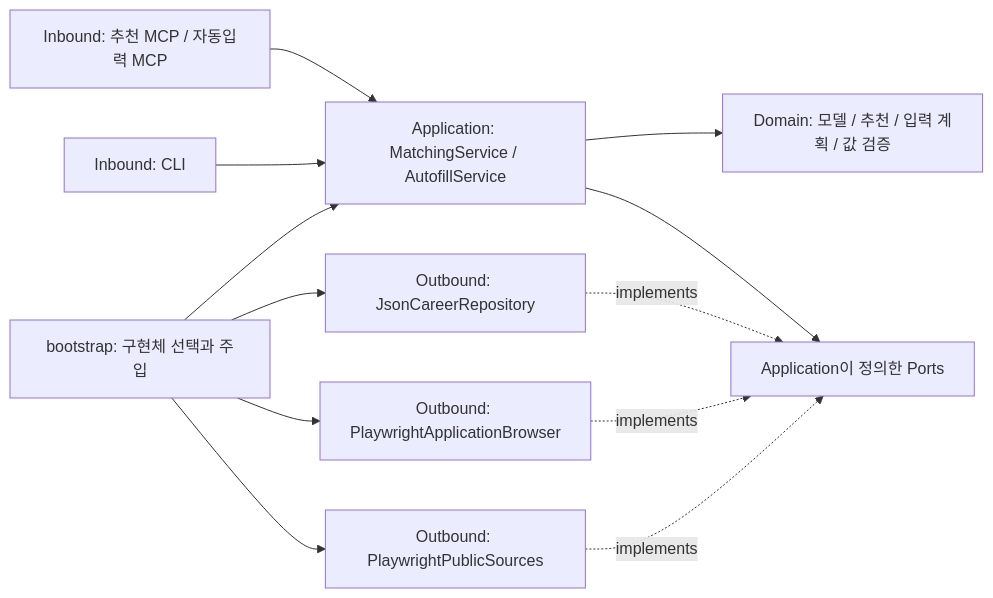
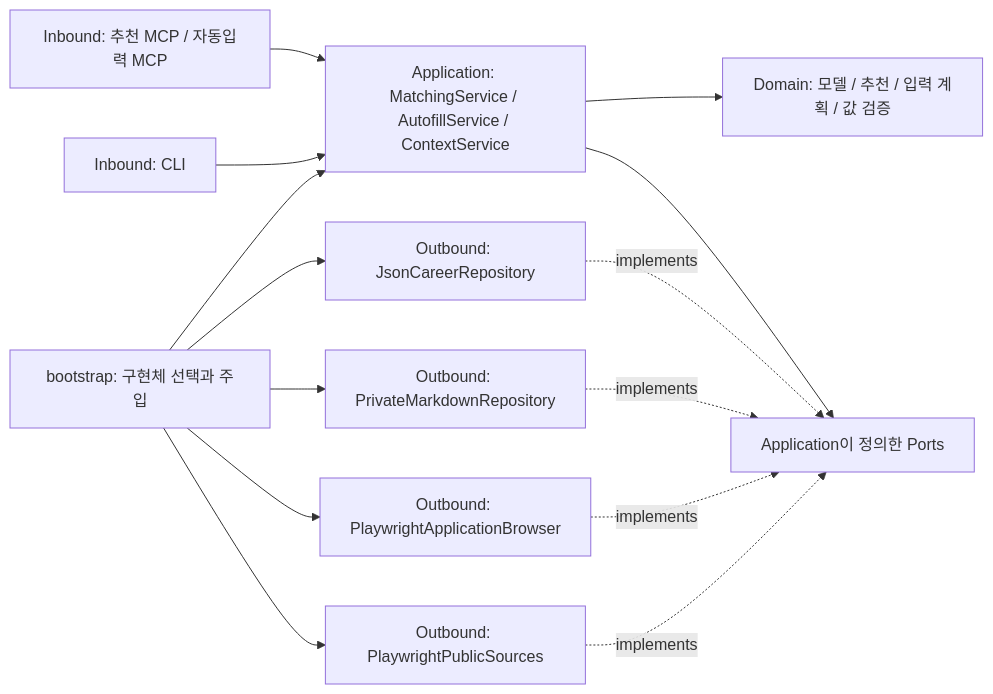
The diagram in docs/architecture.md (newkimjiwon/career-autofill-agent), drawn with Mermaid before and after one commit. The commit also changed other lines of this file and 14 other files, not shown here.

Commit message:
feat: reuse private career context with batched Git safety checks

````diff
--- a/docs/architecture.md
+++ b/docs/architecture.md
@@ -5,14 +5,16 @@
 ```mermaid
 flowchart LR
-    MCP[Inbound: 추천 MCP / 자동입력 MCP] --> UC[Application: MatchingService / AutofillService]
+    MCP[Inbound: 추천 MCP / 자동입력 MCP] --> UC[Application: MatchingService / AutofillService / ContextService]
     CLI[Inbound: CLI] --> UC
     UC --> D[Domain: 모델 / 추천 / 입력 계획 / 값 검증]
     UC --> P[Application이 정의한 Ports]
     JSON[Outbound: JsonCareerRepository] -. implements .-> P
+    MD[Outbound: PrivateMarkdownRepository] -. implements .-> P
     PW[Outbound: PlaywrightApplicationBrowser] -. implements .-> P
     SOURCE[Outbound: PlaywrightPublicSources] -. implements .-> P
     B[bootstrap: 구현체 선택과 주입] --> UC
     B --> JSON
+    B --> MD
     B --> PW
     B --> SOURCE
 ```
````
